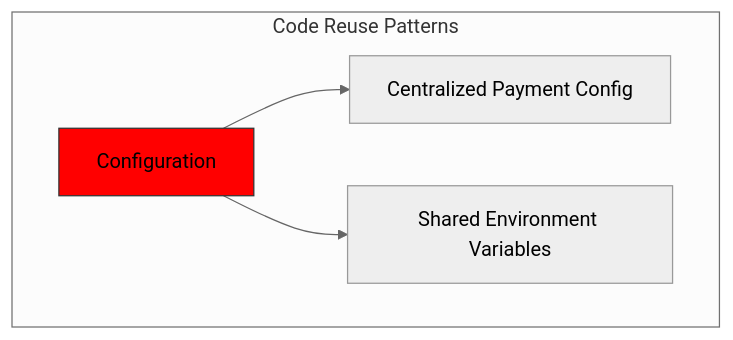
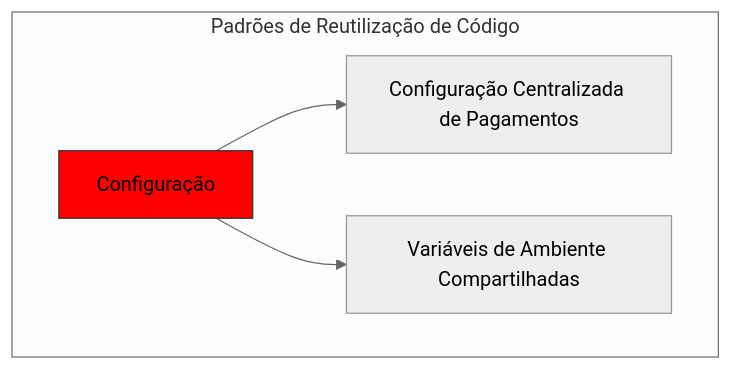
The fifth of 7 diagrams in app/views/docs/building-reliable-payment-system-stripe-paypal/index-pt.md (forwardemail/forwardemail.net), drawn with Mermaid (neutral theme) before and after one commit. The commit also changed other lines of this file and 1055 other files, not shown here.

````diff
--- a/app/views/docs/building-reliable-payment-system-stripe-paypal/index-pt.md
+++ b/app/views/docs/building-reliable-payment-system-stripe-paypal/index-pt.md
@@ -626,13 +630,13 @@
 ```mermaid
 graph TD
-    subgraph "Code Reuse Patterns"
-        I[Configuration] --> J[Centralized Payment Config]
-        I --> K[Shared Environment Variables]
+    subgraph "Padrões de Reutilização de Código"
+        I[Configuração] --> J[Configuração Centralizada de Pagamentos]
+        I --> K[Variáveis de Ambiente Compartilhadas]
     end
 
     classDef primary fill:blue,stroke:#333,stroke-width:2px;
     classDef secondary fill:red,stroke:#333,stroke-width:1px;
 
     class A,P,V primary;
     class B,C,D,E,I,L,Q,R,S,W,X,Y,Z secondary;
 ```
````
